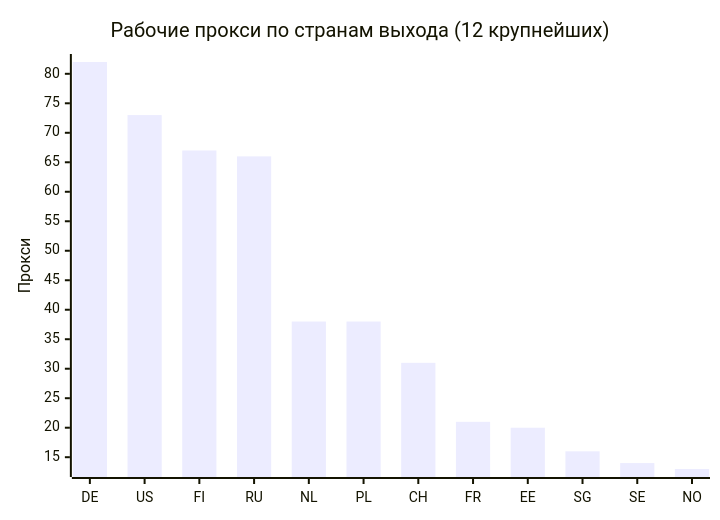
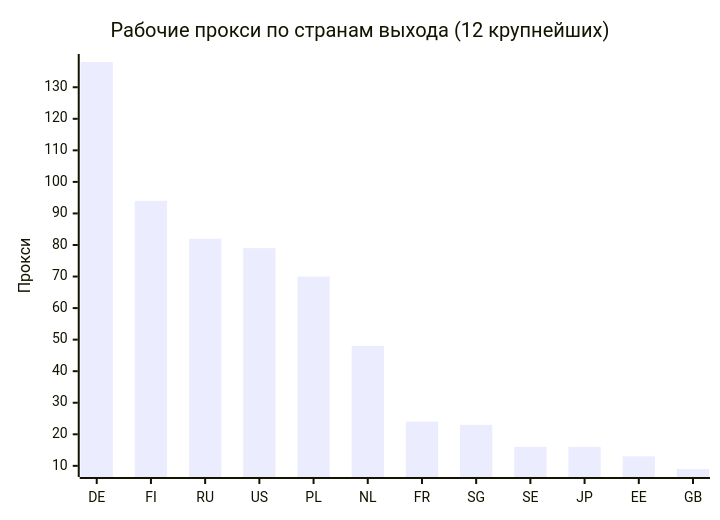
One commit to rvvg/proxy-subs changed the second of 4 diagrams in README.md. Above: the diagram before and after it, drawn with Mermaid. The commit also changed other lines of this file and 50 other files, not shown here.

````diff
--- a/README.md
+++ b/README.md
@@ -131,7 +128,7 @@
 ```mermaid
 xychart-beta
     title "Рабочие прокси по странам выхода (12 крупнейших)"
-    x-axis ["DE", "US", "FI", "RU", "NL", "PL", "CH", "FR", "EE", "SG", "SE", "NO"]
+    x-axis ["DE", "FI", "RU", "US", "PL", "NL", "FR", "SG", "SE", "JP", "EE", "GB"]
     y-axis "Прокси"
-    bar [82, 73, 67, 66, 38, 38, 31, 21, 20, 16, 14, 13]
+    bar [138, 94, 82, 79, 70, 48, 24, 23, 16, 16, 13, 9]
 ```
````
